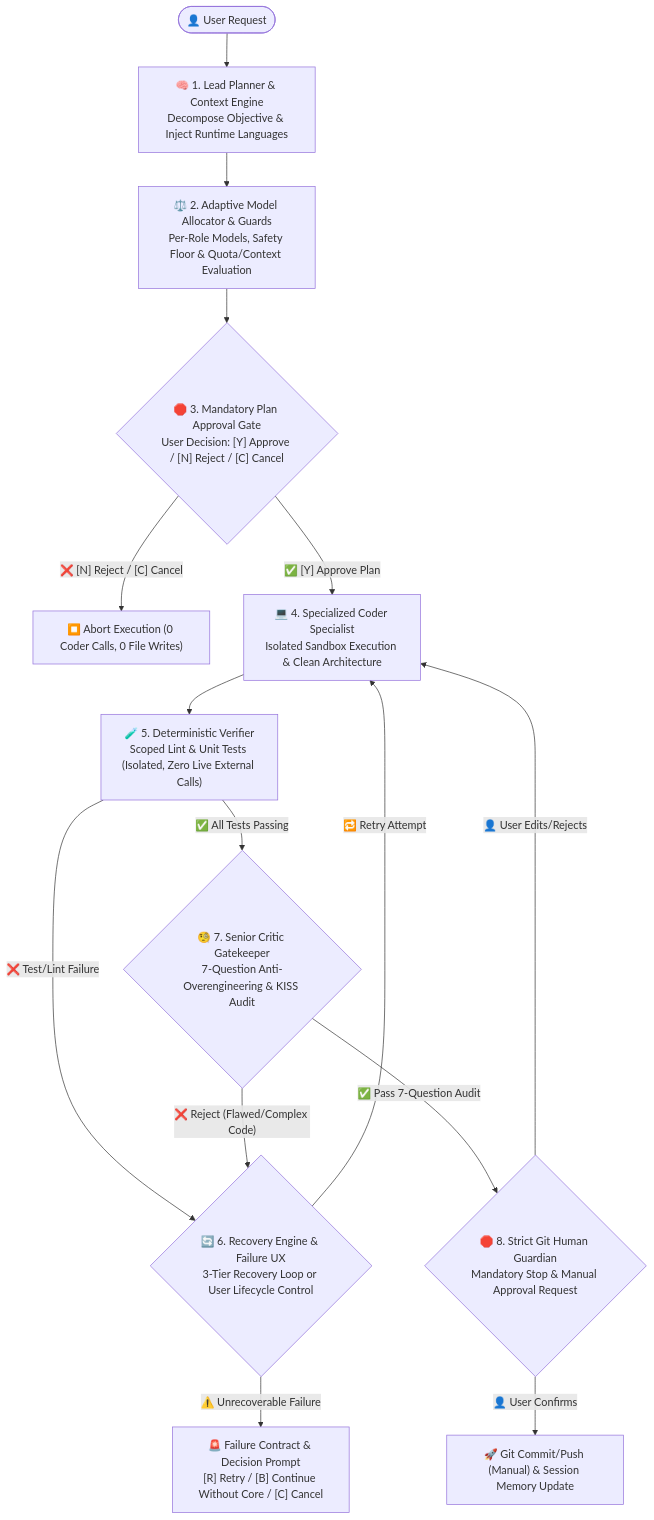
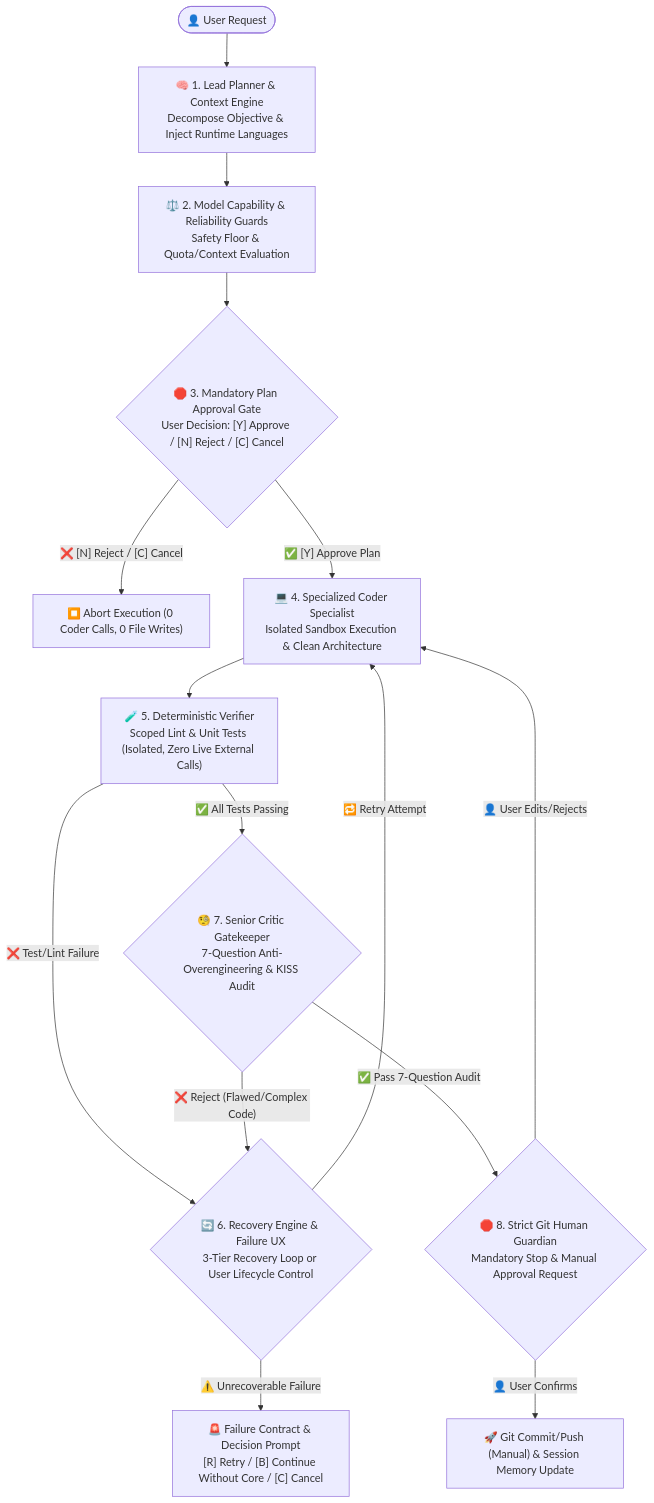
The diagram in README.md (aminkhan1/hotzen), drawn with Mermaid before and after one commit. The commit also changed other lines of this file and 9 other files, not shown here.

````diff
--- a/README.md
+++ b/README.md
@@ -709,36 +717,36 @@
 ```mermaid
 flowchart TD
     User([👤 User Request]) --> PlanPhase["🧠 1. Lead Planner & Context Engine
 Decompose Objective & Inject Runtime Languages"]
 
-    PlanPhase --> AllocPhase["⚖️ 2. Adaptive Model Allocator & Guards
-Per-Role Models, Safety Floor & Quota/Context Evaluation"]
+    PlanPhase --> AllocPhase["⚖️ 2. Model Capability & Reliability Guards
+Safety Floor & Quota/Context Evaluation"]
 
     AllocPhase --> GatekeeperPlan{"🛑 3. Mandatory Plan Approval Gate
 User Decision: [Y] Approve / [N] Reject / [C] Cancel"}
 
     GatekeeperPlan -- "❌ [N] Reject / [C] Cancel" --> AbortPlan["⏹️ Abort Execution (0 Coder Calls, 0 File Writes)"]
 
     GatekeeperPlan -- "✅ [Y] Approve Plan" --> CoderSandbox["💻 4. Specialized Coder Specialist
 Isolated Sandbox Execution & Clean Architecture"]
 
     CoderSandbox --> Verifier["🧪 5. Deterministic Verifier
 Scoped Lint & Unit Tests (Isolated, Zero Live External Calls)"]
 
     Verifier -- "❌ Test/Lint Failure" --> Recovery{"🔄 6. Recovery Engine & Failure UX
 3-Tier Recovery Loop or User Lifecycle Control"}
 
     Verifier -- "✅ All Tests Passing" --> Critic{"🧐 7. Senior Critic Gatekeeper
 7-Question Anti-Overengineering & KISS Audit"}
 
     Critic -- "❌ Reject (Flawed/Complex Code)" --> Recovery
     Recovery -- "🔁 Retry Attempt" --> CoderSandbox
     Recovery -- "⚠️ Unrecoverable Failure" --> FailUX["🚨 Failure Contract & Decision Prompt
 [R] Retry / [B] Continue Without Core / [C] Cancel"]
 
     Critic -- "✅ Pass 7-Question Audit" --> GatekeeperGit{"🛑 8. Strict Git Human Guardian
 Mandatory Stop & Manual Approval Request"}
 
     GatekeeperGit -->|👤 User Confirms| Commit["🚀 Git Commit/Push (Manual) & Session Memory Update"]
     GatekeeperGit -->|👤 User Edits/Rejects| CoderSandbox
 ```
````
